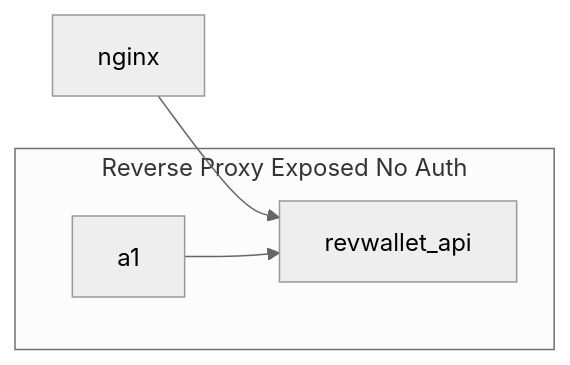
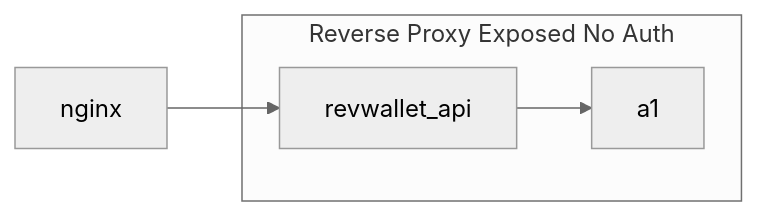
The first of 2 diagrams in README.md (arthurjguerra/revwallet), drawn with Mermaid (neutral theme) before and after one commit.

Commit message:
feat: add arch diagram

````diff
--- a/README.md
+++ b/README.md
@@ -6,7 +6,7 @@
 ```mermaid
 flowchart LR
     nginx --> revwallet_api
     subgraph ide1 [Reverse Proxy Exposed No Auth]
-    a1 --> revwallet_api
+      revwallet_api --> a1
     end
 ```
````
